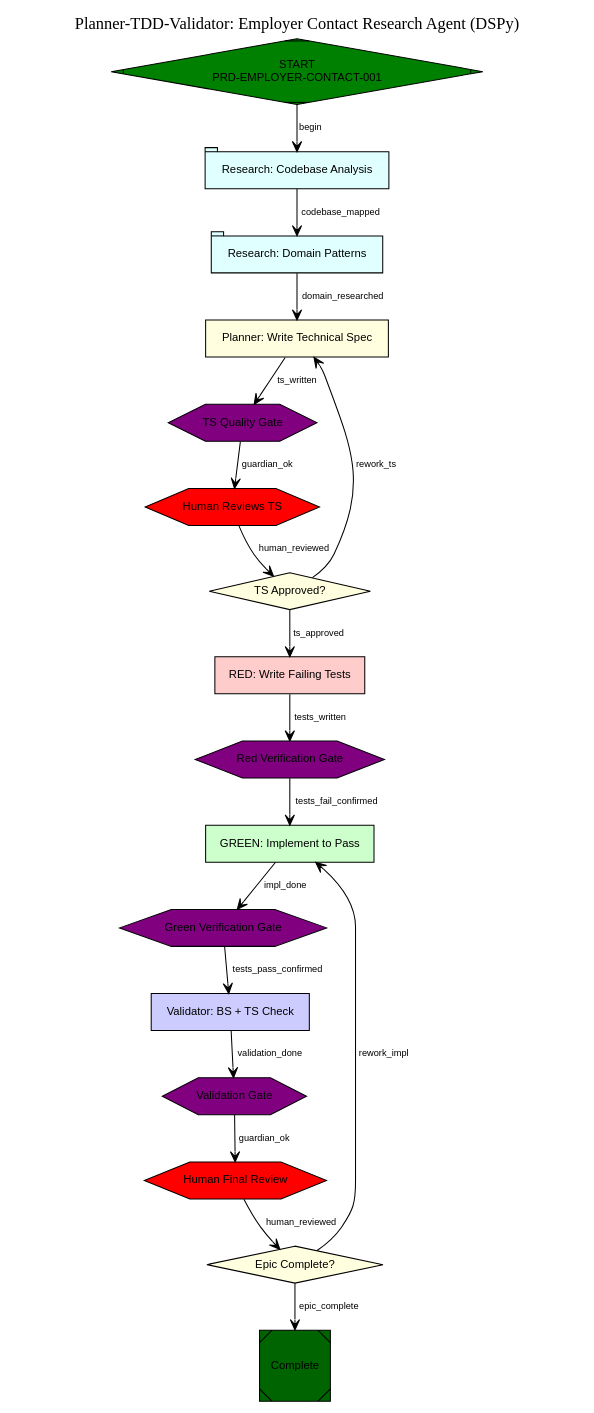
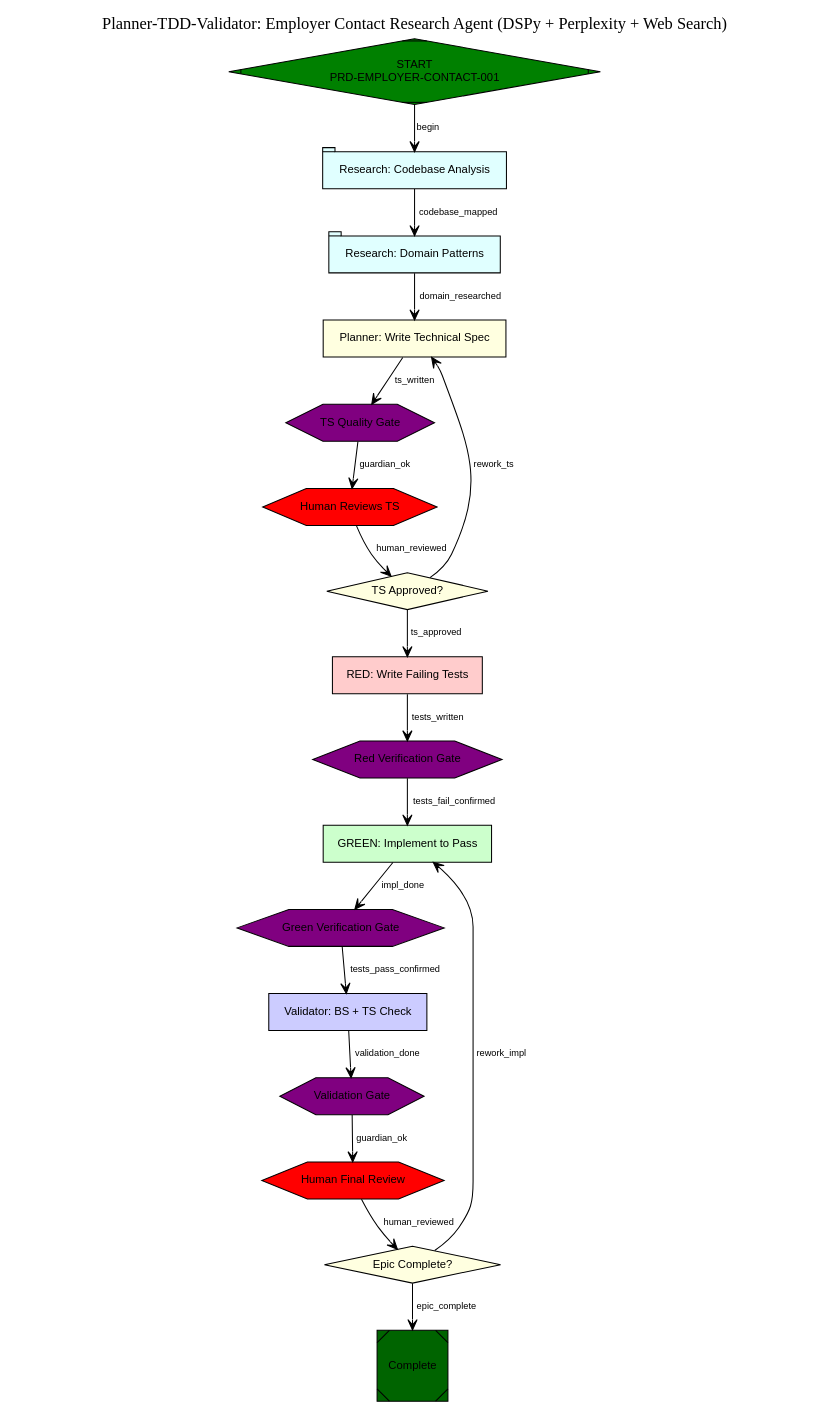
The diagram in .pipelines/pipelines/EMPLOYER-CONTACT-E1-ptv.dot (bjornslib/claude-code-harness), drawn with Graphviz before and after one commit.

Commit message:
feat: update employer pipeline — mixed LLM profiles, DSPy skill, Perplexity+web search
- Planner nodes: GLM-5 (near-zero cost research + TS writing)
- Worker/Validator nodes: Sonnet 4.6 (quality TDD + implementation)
- All worker prompts invoke Skill('dspy-development') mandatory
- Dual-source research: Perplexity Deep Research API + web search (not Perplexity alone)
- Test categories: classification, scoring, dedup, prioritisation, integration

```diff
--- a/.pipelines/pipelines/EMPLOYER-CONTACT-E1-ptv.dot
+++ b/.pipelines/pipelines/EMPLOYER-CONTACT-E1-ptv.dot
@@ -5,7 +5,7 @@
 
 digraph "PRD-EMPLOYER-CONTACT-001-E1-research-agent" {
     graph [
-        label="Planner-TDD-Validator: Employer Contact Research Agent (DSPy)"
+        label="Planner-TDD-Validator: Employer Contact Research Agent (DSPy + Perplexity + Web Search)"
         labelloc="t"
         fontsize=16
         rankdir="TB"
@@ -45,9 +45,9 @@
         solution_design="/Users/theb/Documents/Windsurf/cobuilder-harness/docs/prds/employer-contact-search/PRD-EMPLOYER-CONTACT-001.md"
         prd_ref="PRD-EMPLOYER-CONTACT-001"
         llm_profile="alibaba-glm5"
-        research_queries="codebase structure for Employer Contact Research Agent (DSPy), existing patterns, database schema, API endpoints, test infrastructure"
+        research_queries="codebase structure for Employer Contact Research Agent (DSPy + Perplexity + Web Search), existing patterns, database schema, API endpoints, test infrastructure"
         downstream_node="research_domain"
-        prompt="PLANNER PHASE: Research the target codebase at /Users/theb/Documents/Windsurf/zenagent for epic E1-research-agent: Employer Contact Research Agent (DSPy). (1) Read the BS at /Users/theb/Documents/Windsurf/cobuilder-harness/docs/prds/employer-contact-search/PRD-EMPLOYER-CONTACT-001.md — understand the epic scope and acceptance criteria. (2) Explore the codebase: find existing modules, patterns, database models, and test infrastructure relevant to this epic. (3) Identify integration points, dependencies, and constraints. (4) Document: file paths, function signatures, schema definitions, and test patterns that the TS must address. Write structured findings to evidence JSON."
+        prompt="PLANNER PHASE: Research the target codebase at /Users/theb/Documents/Windsurf/zenagent for epic E1-research-agent: Employer Contact Research Agent. MANDATORY: Invoke Skill('dspy-development') before any DSPy design decisions. (1) Read the BS at /Users/theb/Documents/Windsurf/cobuilder-harness/docs/prds/employer-contact-search/PRD-EMPLOYER-CONTACT-001.md — focus on Section 5 (Research Agent Specification). (2) Explore the zenagent codebase: find existing DSPy modules, Perplexity integrations, PydanticAI agents, database models (especially university_contacts pattern). (3) Identify: existing employer_contacts table or similar, Supabase connection patterns, background_tasks integration. (4) Document: file paths, existing DSPy patterns, Perplexity API usage, database schema. Write structured findings to evidence JSON."
     ];
 
     research_domain [
@@ -59,9 +59,9 @@
         solution_design="/Users/theb/Documents/Windsurf/cobuilder-harness/docs/prds/employer-contact-search/PRD-EMPLOYER-CONTACT-001.md"
         prd_ref="PRD-EMPLOYER-CONTACT-001"
         llm_profile="alibaba-glm5"
-        research_queries="domain patterns for Employer Contact Research Agent (DSPy), framework best practices, library APIs, similar implementations"
+        research_queries="domain patterns for Employer Contact Research Agent (DSPy + Perplexity + Web Search), framework best practices, library APIs, similar implementations"
         downstream_node="write_ts"
-        prompt="PLANNER PHASE: Research domain patterns for epic E1-research-agent: Employer Contact Research Agent (DSPy). (1) Based on codebase findings, research framework best practices (use Context7 for library docs). (2) Research similar implementations via Perplexity. (3) Identify testing patterns appropriate for this domain (unit tests). (4) Document: recommended approach, library APIs to use, test strategy, edge cases. Write findings to evidence JSON."
+        prompt="PLANNER PHASE: Research domain patterns for the employer contact research agent. MANDATORY: Invoke Skill('dspy-development') and Skill('research-first'). (1) Use Context7 to research DSPy module patterns (Signatures, Modules, Optimizers) and Perplexity Deep Research API. (2) Research via Perplexity: how to build an employer contact finder using Perplexity API + web search (not just Perplexity alone). (3) Research contact classification patterns: general vs named_poc, confidence scoring algorithms. (4) Identify testing patterns: how to test DSPy modules (mock vs real API), how to test web search results, how to test contact deduplication. (5) Document: DSPy module design, Perplexity + web search combo approach, confidence scoring formula, test fixtures. Write findings to evidence JSON."
     ];
 
     write_ts [
@@ -76,7 +76,7 @@
         prd_ref="PRD-EMPLOYER-CONTACT-001"
         llm_profile="alibaba-glm5"
         acceptance="TS covers: module design, API contracts, data model changes, file-by-file implementation plan, test strategy, acceptance criteria mapping"
-        prompt="PLANNER PHASE: Write a Technical Spec at /Users/theb/Documents/Windsurf/cobuilder-harness/docs/sds/employer-contact-search/SD-EMPLOYER-CONTACT-E1.md for epic E1-research-agent: Employer Contact Research Agent (DSPy). Use the BS (/Users/theb/Documents/Windsurf/cobuilder-harness/docs/prds/employer-contact-search/PRD-EMPLOYER-CONTACT-001.md) and both research evidence files. The TS must include: (1) Module design with file paths and function signatures. (2) API contracts (request/response schemas). (3) Data model changes (new tables, columns, migrations). (4) File-by-file implementation plan (ordered by dependency). (5) Test strategy: which tests to write, what they cover, expected failures in RED phase. (6) Acceptance criteria from BS mapped to specific test cases. This TS will be used by a TDD test engineer to write failing tests FIRST, then by an implementation worker to make them pass."
+        prompt="PLANNER PHASE: Write a Technical Spec at /Users/theb/Documents/Windsurf/cobuilder-harness/docs/sds/employer-contact-search/SD-EMPLOYER-CONTACT-E1.md. MANDATORY: Invoke Skill('dspy-development'). Use the BS and both research evidence files. The TS must include: (1) DSPy Module design: EmployerContactResearcher(dspy.Module) with Signatures for search, classify, score, deduplicate. (2) Dual-source research: Perplexity Deep Research API for in-depth employer analysis + web search (Brave/Google) for supplementary contacts. NOT Perplexity alone. (3) Data model: employer_contacts table (per PRD Section 7.1), Supabase integration. (4) Contact classification logic: general vs named_poc rules, confidence scoring formula. (5) File-by-file plan: where in zenagent each module goes. (6) Test strategy: unit tests for classification, scoring, dedup, prioritisation. Expected RED failures. (7) Acceptance criteria from BS Section 5 mapped to test cases. This TS drives the TDD cycle."
     ];
 
     // ── Planner gate: Guardian reviews TS quality ──
@@ -125,9 +125,9 @@
         worker_type="tdd-test-engineer"
         sd_path="/Users/theb/Documents/Windsurf/cobuilder-harness/docs/sds/employer-contact-search/SD-EMPLOYER-CONTACT-E1.md"
         prd_ref="PRD-EMPLOYER-CONTACT-001"
-        llm_profile="alibaba-glm5"
+        llm_profile="anthropic-sonnet46"
         acceptance="Tests written, ALL tests FAIL (red), tests cover every TS acceptance criterion, test command runs without import errors"
-        prompt="RED PHASE (TDD): Read the Technical Spec at /Users/theb/Documents/Windsurf/cobuilder-harness/docs/sds/employer-contact-search/SD-EMPLOYER-CONTACT-E1.md. Write unit tests that define the contract for epic E1-research-agent: Employer Contact Research Agent (DSPy). RULES: (1) Every acceptance criterion from the TS MUST have at least one test. (2) Tests MUST fail — the implementation does not exist yet. (3) Tests should be well-structured, covering happy path, edge cases, and error handling. (4) Run 'pytest tests/ -v' — verify all tests FAIL (not error/import-fail, but FAIL because assertions don't hold). (5) If using browser tests: write Playwright/Chrome DevTools specs. If using unit tests: write pytest/Jest tests. Report the test file paths and failure count in your signal."
+        prompt="RED PHASE (TDD): MANDATORY: Invoke Skill('dspy-development') and Skill('test-driven-development'). Read the TS at /Users/theb/Documents/Windsurf/cobuilder-harness/docs/sds/employer-contact-search/SD-EMPLOYER-CONTACT-E1.md. Write pytest tests for the DSPy employer contact research agent. RULES: (1) Every BS acceptance criterion MUST have at least one test. (2) Tests MUST fail — the DSPy modules don't exist yet. (3) Test categories: (a) contact classification (general vs named_poc), (b) confidence scoring (source reliability weighting), (c) contact deduplication (phone/email matching), (d) contact prioritisation (PRD Section 5.2 priority tiers), (e) integration: Perplexity API mock + web search mock → full pipeline. (4) Use pytest fixtures with mock Perplexity/web search responses. (5) Run 'pytest tests/ -v' — verify ALL tests FAIL. Report test file paths and failure count."
     ];
 
     // ── Red gate: verify tests actually fail ──
@@ -157,9 +157,9 @@
         worker_type="backend-solutions-engineer"
         sd_path="/Users/theb/Documents/Windsurf/cobuilder-harness/docs/sds/employer-contact-search/SD-EMPLOYER-CONTACT-E1.md"
         prd_ref="PRD-EMPLOYER-CONTACT-001"
-        llm_profile="alibaba-glm5"
+        llm_profile="anthropic-sonnet46"
         acceptance="ALL tests pass (green), implementation follows TS architecture, no test modifications allowed"
-        prompt="GREEN PHASE (TDD): Read the Technical Spec at /Users/theb/Documents/Windsurf/cobuilder-harness/docs/sds/employer-contact-search/SD-EMPLOYER-CONTACT-E1.md and the failing tests from the RED phase. Implement epic E1-research-agent: Employer Contact Research Agent (DSPy). RULES: (1) Do NOT modify any test files — tests define the contract. (2) Write the minimal implementation to make ALL tests pass. (3) Follow the TS architecture exactly (file paths, function signatures, data models). (4) Run 'pytest tests/ -v' — verify ALL tests PASS. (5) If a test seems wrong, document why in your signal but do NOT change it. Report implementation file paths and test results in your signal."
+        prompt="GREEN PHASE (TDD): MANDATORY: Invoke Skill('dspy-development') and Skill('research-first') for current DSPy and Perplexity API patterns. Read the TS and failing tests. Implement the DSPy employer contact research agent. RULES: (1) Do NOT modify test files. (2) Implement: EmployerContactResearcher(dspy.Module) with dual-source research (Perplexity Deep Research API + web search via Brave/Google). (3) Implement contact classification, confidence scoring, deduplication, and prioritisation per TS. (4) Implement employer_contacts Supabase storage. (5) Follow TS architecture exactly. (6) Run 'pytest tests/ -v' — ALL tests must PASS. (7) If a test seems wrong, document why but do NOT change it."
     ];
 
     // ── Green gate: verify tests actually pass ──
@@ -190,9 +190,9 @@
         worker_type="validation-test-agent"
         sd_path="/Users/theb/Documents/Windsurf/cobuilder-harness/docs/sds/employer-contact-search/SD-EMPLOYER-CONTACT-E1.md"
         prd_ref="PRD-EMPLOYER-CONTACT-001"
-        llm_profile="alibaba-glm5"
+        llm_profile="anthropic-sonnet46"
         acceptance="Validation score >= 0.70, all BS acceptance criteria checked, all TS contracts verified, implementation matches both specs"
-        prompt="VALIDATOR PHASE: Independently verify epic E1-research-agent: Employer Contact Research Agent (DSPy). You have NOT seen any worker output — you are an independent auditor. (1) Read the BS at /Users/theb/Documents/Windsurf/cobuilder-harness/docs/prds/employer-contact-search/PRD-EMPLOYER-CONTACT-001.md — extract acceptance criteria. (2) Read the TS at /Users/theb/Documents/Windsurf/cobuilder-harness/docs/sds/employer-contact-search/SD-EMPLOYER-CONTACT-E1.md — extract technical contracts. (3) Read the implementation files. (4) Run 'pytest tests/ -v' yourself — verify tests pass. (5) Score each BS acceptance criterion 0.0-1.0. (6) Score each TS contract 0.0-1.0. (7) Check for: missing error handling, security issues, missing edge cases, documentation gaps. (8) Write a validation report with per-criterion scores and overall verdict. ACCEPT threshold: 0.70."
+        prompt="VALIDATOR PHASE: MANDATORY: Invoke Skill('dspy-development') to understand DSPy patterns before reviewing. You are an independent auditor — you have NOT seen worker output. (1) Read BS Section 5 (Research Agent Spec) — extract acceptance criteria: exhaustive contact list, classification, confidence scoring, source attribution. (2) Read TS — extract technical contracts: DSPy module signatures, Perplexity + web search dual-source, Supabase storage. (3) Read implementation: verify DSPy modules exist and match TS signatures. (4) Run 'pytest tests/ -v' yourself. (5) Score each BS criterion 0.0-1.0: (a) Does research produce contacts from multiple sources? (b) Are contacts classified correctly? (c) Is confidence scoring reasonable? (d) Is deduplication working? (e) Is prioritisation per PRD Section 5.2? (6) Check: error handling for API failures, rate limiting, empty results. (7) ACCEPT threshold: 0.70."
     ];
 
     // ── Final validation gate ──
```
